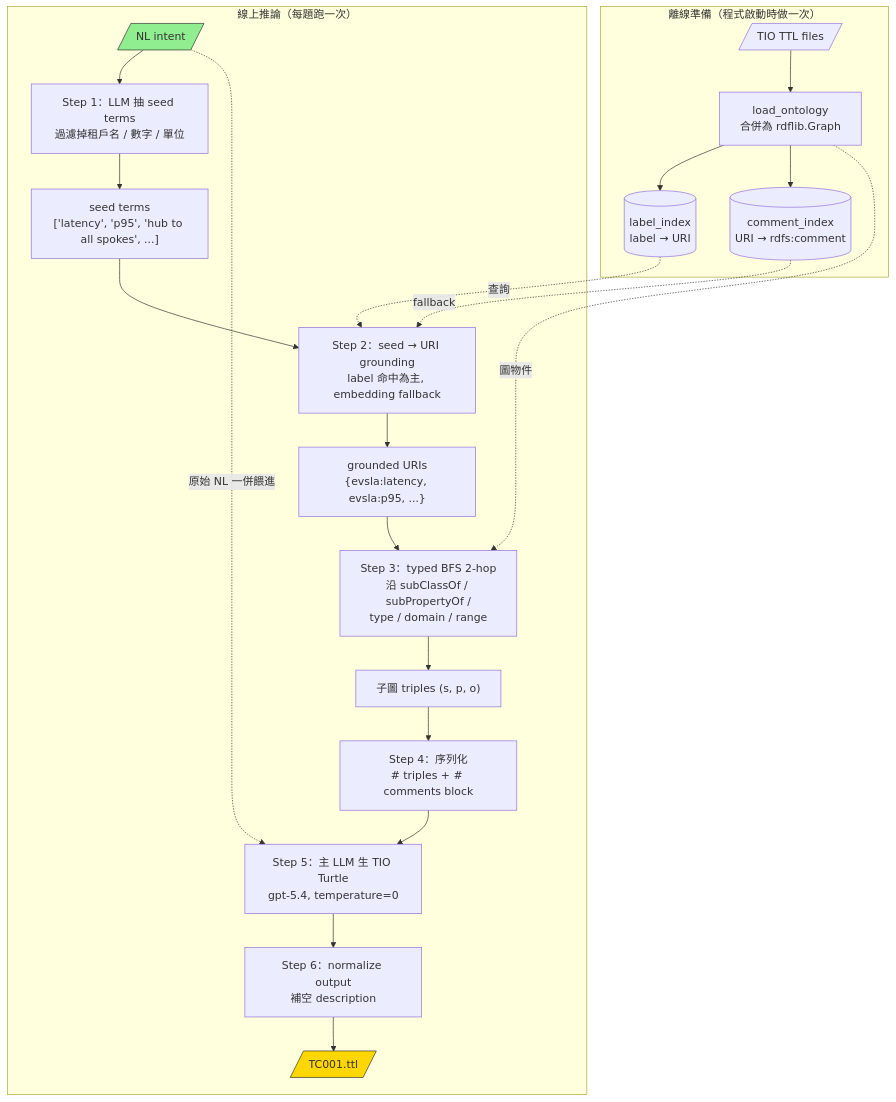
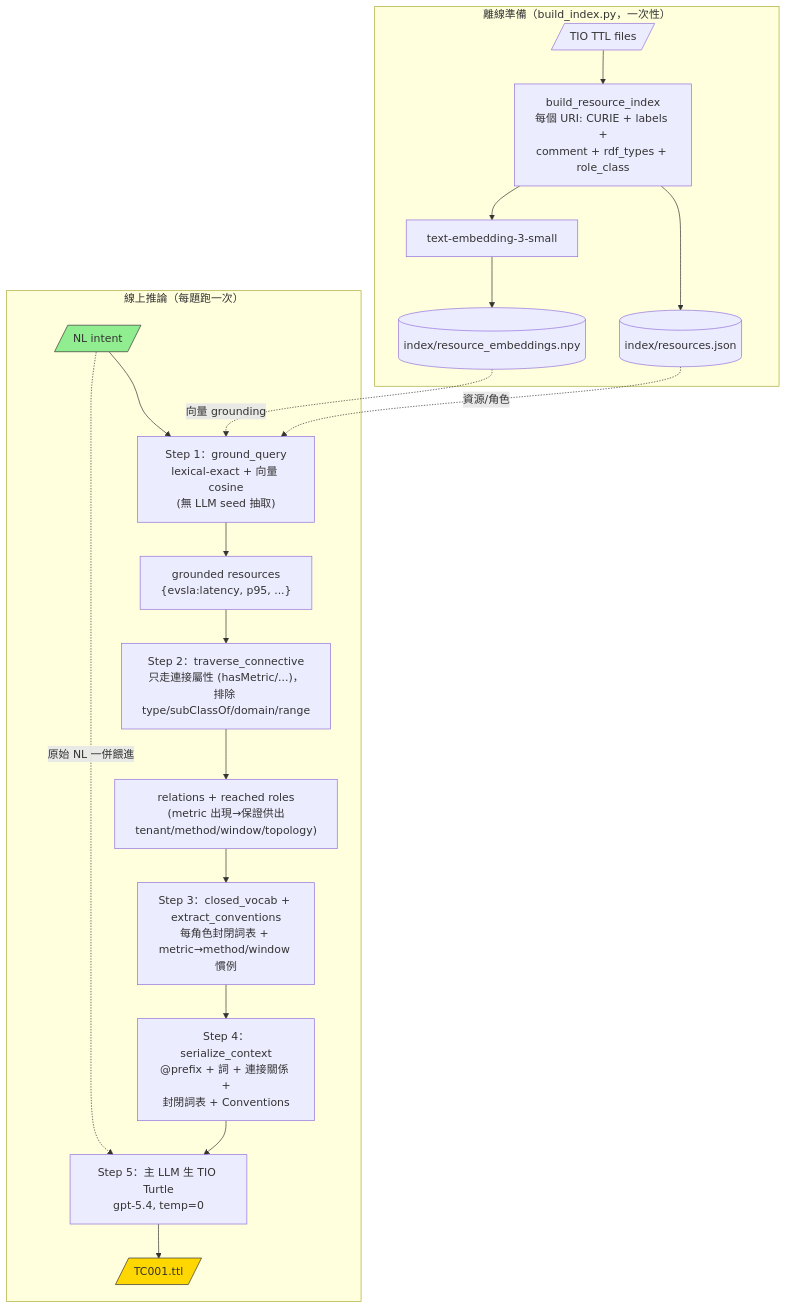
One commit to grantyehh/NL_Translate_TIO changed the first of 3 diagrams in mechanism.md. Above: the diagram before and after it, drawn with Mermaid. The commit also changed other lines of this file, not shown here.

First line of the commit message:
docs(mechanism): rewrite to Architecture 5 (domain-graph GraphRAG + canonical KGE)

````diff
--- a/mechanism.md
+++ b/mechanism.md
@@ -130,30 +75,28 @@
 ```mermaid
 flowchart TD
-    subgraph Offline["離線準備（程式啟動時做一次）"]
-        TTL[/"TIO TTL files"/] --> LoadG["load_ontology<br/>合併為 rdflib.Graph"]
-        LoadG --> LabelIdx[("label_index<br/>label → URI")]
-        LoadG --> CommentIdx[("comment_index<br/>URI → rdfs:comment")]
+    subgraph Offline["離線準備（build_index.py，一次性）"]
+        TTL[/"TIO TTL files"/] --> RI["build_resource_index<br/>每個 URI: CURIE + labels +<br/>comment + rdf_types + role_class"]
+        RI --> RJSON[("index/resources.json")]
+        RI --> EMB["text-embedding-3-small"]
+        EMB --> NPY[("index/resource_embeddings.npy")]
     end
 
     subgraph Online["線上推論（每題跑一次）"]
         NL[/"NL intent"/]
-        NL --> S1["Step 1：LLM 抽 seed terms<br/>過濾掉租戶名 / 數字 / 單位"]
-        S1 --> Seeds["seed terms<br/>['latency', 'p95', 'hub to all spokes', ...]"]
-        Seeds --> S2["Step 2：seed → URI grounding<br/>label 命中為主, embedding fallback"]
-        S2 --> Grounded["grounded URIs<br/>{evsla:latency, evsla:p95, ...}"]
-        Grounded --> S3["Step 3：typed BFS 2-hop<br/>沿 subClassOf / subPropertyOf /<br/>type / domain / range"]
-        S3 --> Triples["子圖 triples (s, p, o)"]
-        Triples --> S4["Step 4：序列化<br/># triples + # comments block"]
-        S4 --> S5["Step 5：主 LLM 生 TIO Turtle<br/>gpt-5.4, temperature=0"]
-        S5 --> S6["Step 6：normalize output<br/>補空 description"]
-        S6 --> Out[/"TC001.ttl"/]
+        NL --> S1["Step 1：ground_query<br/>lexical-exact + 向量 cosine<br/>(無 LLM seed 抽取)"]
+        S1 --> Grounded["grounded resources<br/>{evsla:latency, p95, ...}"]
+        Grounded --> S2["Step 2：traverse_connective<br/>只走連接屬性 (hasMetric/...)，<br/>排除 type/subClassOf/domain/range"]
+        S2 --> Reached["relations + reached roles<br/>(metric 出現→保證供出<br/>tenant/method/window/topology)"]
+        Reached --> S3["Step 3：closed_vocab + extract_conventions<br/>每角色封閉詞表 + metric→method/window 慣例"]
+        S3 --> S4["Step 4：serialize_context<br/>@prefix + 詞 + 連接關係 +<br/>封閉詞表 + Conventions"]
+        S4 --> S5["Step 5：主 LLM 生 TIO Turtle<br/>gpt-5.4, temp=0"]
+        S5 --> Out[/"TC001.ttl"/]
     end
 
-    LabelIdx -. 查詢 .-> S2
-    CommentIdx -. fallback .-> S2
-    LoadG -. 圖物件 .-> S3
+    NPY -. 向量 grounding .-> S1
+    RJSON -. 資源/角色 .-> S1
     NL -. 原始 NL 一併餵進 .-> S5
 
     style NL fill:#90EE90,stroke:#333
     style Out fill:#FFD700,stroke:#333
 ```
````
